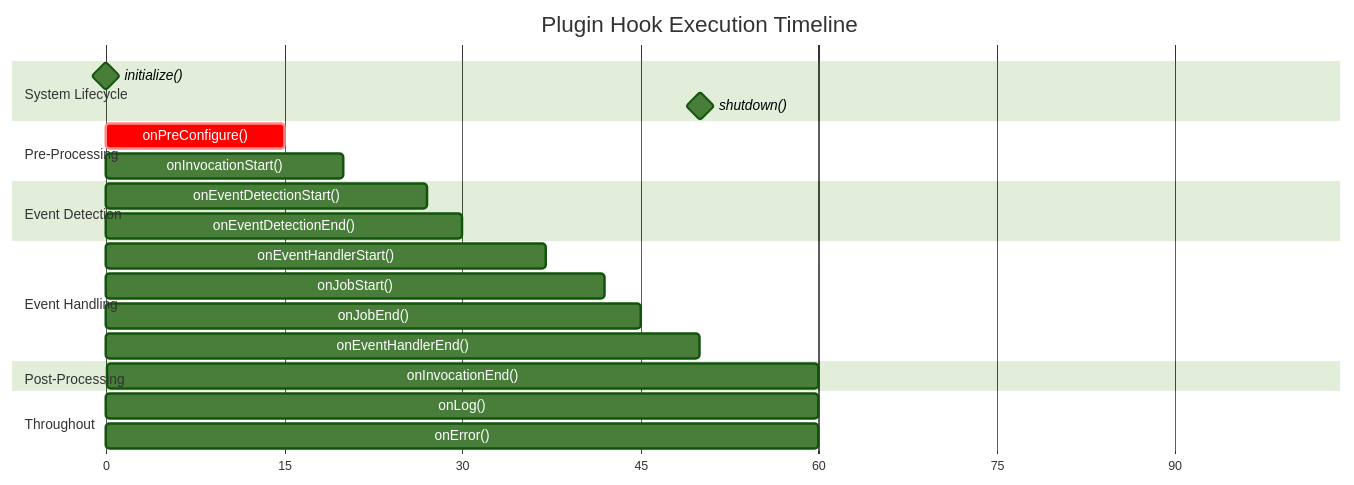
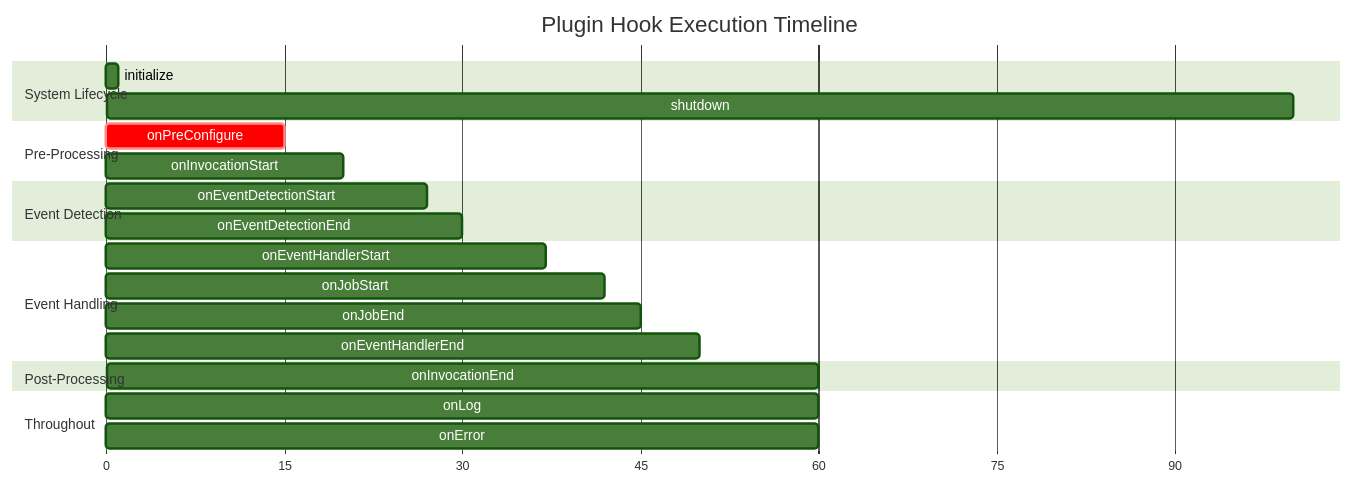
One commit to hopdrive/hasura-event-detector changed the second of 3 diagrams in example-plugins/README.md. Above: the diagram before and after it, drawn with Mermaid (forest theme).

Commit message:
Refactor example plugins README to simplify function signatures for lifecycle and event handling methods. Update method definitions to remove parentheses for improved readability and consistency across sections.

````diff
--- a/example-plugins/README.md
+++ b/example-plugins/README.md
@@ -789,31 +789,31 @@
 ```mermaid
 gantt
     title Plugin Hook Execution Timeline
     dateFormat X
     axisFormat %s
 
     section System Lifecycle
-    initialize()                    :milestone, init, 0, 0
-    shutdown()                      :milestone, shut, 100, 100
+    initialize                      :init, 0, 1
+    shutdown                        :shut, 99, 100
 
     section Pre-Processing
-    onPreConfigure()                :crit, preconf, 10, 15
-    onInvocationStart()             :invstart, 15, 20
+    onPreConfigure                  :crit, preconf, 10, 15
+    onInvocationStart               :invstart, 15, 20
 
     section Event Detection
-    onEventDetectionStart()         :evtstart, 25, 27
-    onEventDetectionEnd()           :evtend, 27, 30
+    onEventDetectionStart           :evtstart, 25, 27
+    onEventDetectionEnd             :evtend, 27, 30
 
     section Event Handling
-    onEventHandlerStart()           :handstart, 35, 37
-    onJobStart()                    :jobstart, 40, 42
-    onJobEnd()                      :jobend, 42, 45
-    onEventHandlerEnd()             :handend, 45, 50
+    onEventHandlerStart             :handstart, 35, 37
+    onJobStart                      :jobstart, 40, 42
+    onJobEnd                        :jobend, 42, 45
+    onEventHandlerEnd               :handend, 45, 50
 
     section Post-Processing
-    onInvocationEnd()               :invend, 55, 60
+    onInvocationEnd                 :invend, 55, 60
 
     section Throughout
-    onLog()                         :log, 10, 60
-    onError()                       :error, 10, 60
+    onLog                           :log, 10, 60
+    onError                         :error, 10, 60
 ```
````
